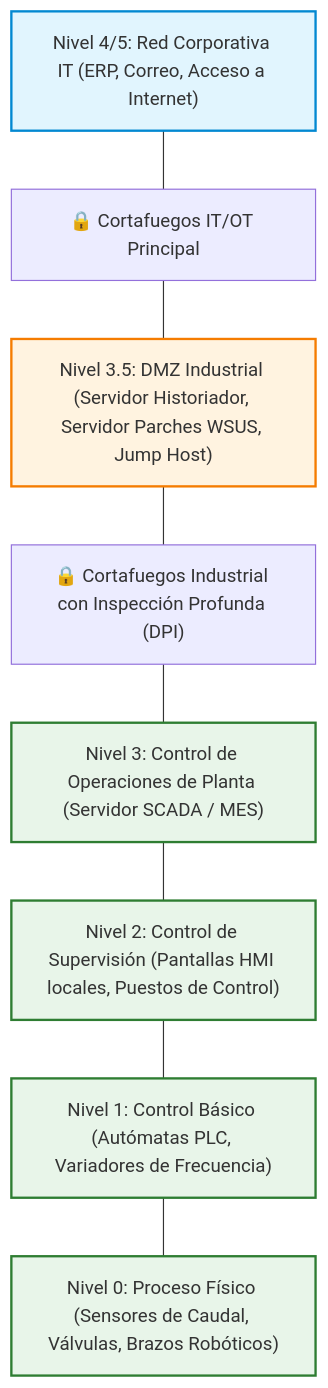
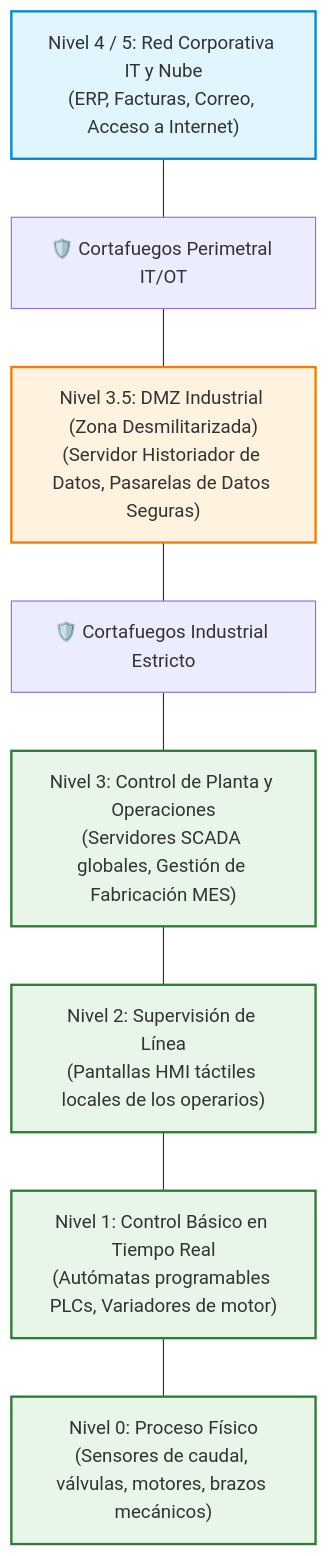
One commit to jssdocente/dasp2627d changed the fourth of 6 diagrams in docs/temas/01-digitalizacion/03-organizacion-convergencia-ot-it.md. Above: the diagram before and after it, drawn with Mermaid. The commit also changed other lines of this file and 2 other files, not shown here.

First line of the commit message:
docs(tema 1): reescritura pedagógica de los puntos 1.2, 1.3 y 1.4

````diff
--- a/docs/temas/01-digitalizacion/03-organizacion-convergencia-ot-it.md
+++ b/docs/temas/01-digitalizacion/03-organizacion-convergencia-ot-it.md
@@ -113,19 +133,19 @@
 ```mermaid
 graph TD
     classDef it fill:#e1f5fe,stroke:#0288d1,stroke-width:2px;
     classDef dmz fill:#fff3e0,stroke:#f57c00,stroke-width:2px;
     classDef ot fill:#e8f5e9,stroke:#2e7d32,stroke-width:2px;
 
-    N5["Nivel 4/5: Red Corporativa IT (ERP, Correo, Acceso a Internet)"]:::it
-    FW1["🔒 Cortafuegos IT/OT Principal"]
+    N5["Nivel 4 / 5: Red Corporativa IT y Nube<br/>(ERP, Facturas, Correo, Acceso a Internet)"]:::it
+    FW1["🛡️ Cortafuegos Perimetral IT/OT"]
     
-    N35["Nivel 3.5: DMZ Industrial (Servidor Historiador, Servidor Parches WSUS, Jump Host)"]:::dmz
-    FW2["🔒 Cortafuegos Industrial con Inspección Profunda (DPI)"]
+    N35["Nivel 3.5: DMZ Industrial (Zona Desmilitarizada)<br/>(Servidor Historiador de Datos, Pasarelas de Datos Seguras)"]:::dmz
+    FW2["🛡️ Cortafuegos Industrial Estricto"]
     
-    N3["Nivel 3: Control de Operaciones de Planta (Servidor SCADA / MES)"]:::ot
-    N2["Nivel 2: Control de Supervisión (Pantallas HMI locales, Puestos de Control)"]:::ot
-    N1["Nivel 1: Control Básico (Autómatas PLC, Variadores de Frecuencia)"]:::ot
-    N0["Nivel 0: Proceso Físico (Sensores de Caudal, Válvulas, Brazos Robóticos)"]:::ot
+    N3["Nivel 3: Control de Planta y Operaciones<br/>(Servidores SCADA globales, Gestión de Fabricación MES)"]:::ot
+    N2["Nivel 2: Supervisión de Línea<br/>(Pantallas HMI táctiles locales de los operarios)"]:::ot
+    N1["Nivel 1: Control Básico en Tiempo Real<br/>(Autómatas programables PLCs, Variadores de motor)"]:::ot
+    N0["Nivel 0: Proceso Físico<br/>(Sensores de caudal, válvulas, motores, brazos mecánicos)"]:::ot
 
     N5 --- FW1 --- N35 --- FW2 --- N3 --- N2 --- N1 --- N0
 ```
````
